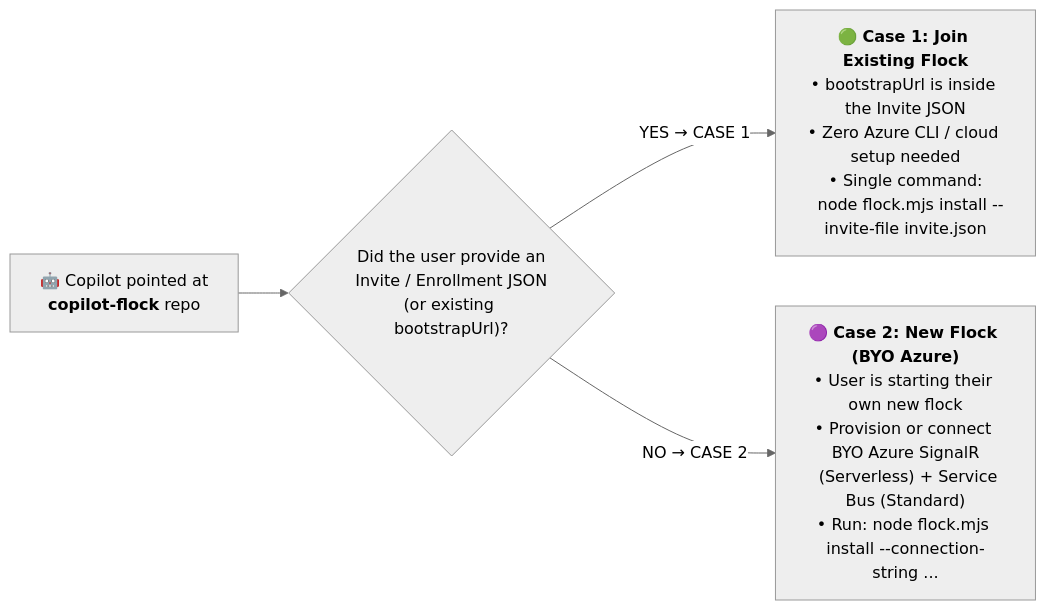
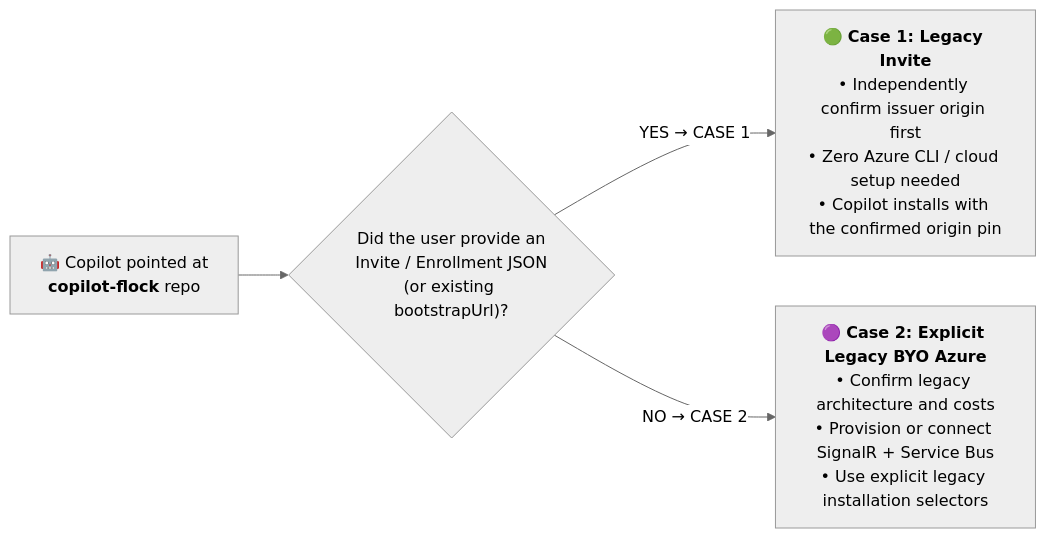
Before and after one commit to erjadi/copilot-flock: the diagram in AGENTS.md, drawn with Mermaid (neutral theme). The commit also changed other lines of this file and 10 other files, not shown here.

````diff
--- a/AGENTS.md
+++ b/AGENTS.md
@@ -107,6 +107,6 @@
 ```mermaid
 flowchart LR
   START["🤖 Copilot pointed at<br/><b>copilot-flock</b> repo"] --> CHECK{"Did the user provide an<br/>Invite / Enrollment JSON<br/>(or existing bootstrapUrl)?"}
-  CHECK -- "YES → CASE 1" --> CASE1["🟢 <b>Case 1: Join Existing Flock</b><br/>• bootstrapUrl is inside the Invite JSON<br/>• Zero Azure CLI / cloud setup needed<br/>• Single command:<br/>  node flock.mjs install --invite-file invite.json"]
-  CHECK -- "NO → CASE 2" --> CASE2["🟣 <b>Case 2: New Flock (BYO Azure)</b><br/>• User is starting their own new flock<br/>• Provision or connect BYO Azure SignalR<br/>  (Serverless) + Service Bus (Standard)<br/>• Run: node flock.mjs install --connection-string ..."]
+  CHECK -- "YES → CASE 1" --> CASE1["🟢 <b>Case 1: Legacy Invite</b><br/>• Independently confirm issuer origin first<br/>• Zero Azure CLI / cloud setup needed<br/>• Copilot installs with the confirmed origin pin"]
+  CHECK -- "NO → CASE 2" --> CASE2["🟣 <b>Case 2: Explicit Legacy BYO Azure</b><br/>• Confirm legacy architecture and costs<br/>• Provision or connect SignalR + Service Bus<br/>• Use explicit legacy installation selectors"]
 ```
````
